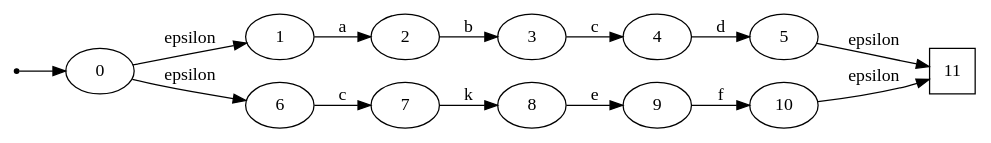
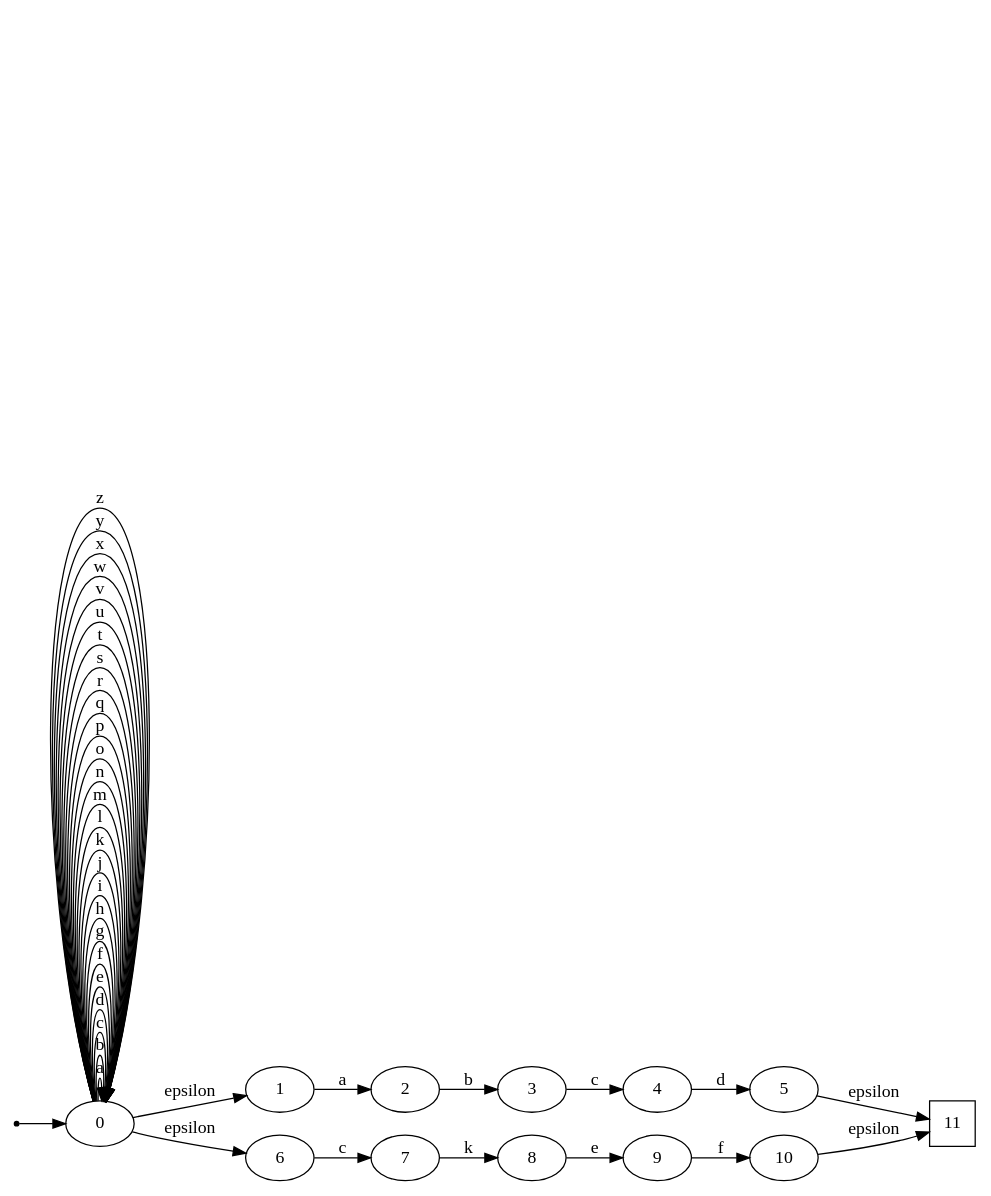
One commit to Lentosy/Master-Informatica changed the diagram in Semester I/Gevorderde algoritmen/Labo 2019-2020/9. Automaten/NA.dot. Above: the diagram before and after it, drawn with Graphviz. The commit also changed 22 other files, not shown here.

```diff
--- a/Semester I/Gevorderde algoritmen/Labo 2019-2020/9. Automaten/NA.dot
+++ b/Semester I/Gevorderde algoritmen/Labo 2019-2020/9. Automaten/NA.dot
@@ -1,17 +1,43 @@
 digraph {
   rankdir="LR";  -1 [shape=point];
   -1 -> 0;
   11 [shape=square];
   1 -> 2[label="a"];
   2 -> 3[label="b"];
   3 -> 4[label="c"];
   4 -> 5[label="d"];
   6 -> 7[label="c"];
   7 -> 8[label="k"];
   8 -> 9[label="e"];
   9 -> 10[label="f"];
   0 -> 1[label="epsilon"];
   0 -> 6[label="epsilon"];
   5 -> 11[label="epsilon"];
   10 -> 11[label="epsilon"];
+  0 -> 0[label="a"];
+  0 -> 0[label="b"];
+  0 -> 0[label="c"];
+  0 -> 0[label="d"];
+  0 -> 0[label="e"];
+  0 -> 0[label="f"];
+  0 -> 0[label="g"];
+  0 -> 0[label="h"];
+  0 -> 0[label="i"];
+  0 -> 0[label="j"];
+  0 -> 0[label="k"];
+  0 -> 0[label="l"];
+  0 -> 0[label="m"];
+  0 -> 0[label="n"];
+  0 -> 0[label="o"];
+  0 -> 0[label="p"];
+  0 -> 0[label="q"];
+  0 -> 0[label="r"];
+  0 -> 0[label="s"];
+  0 -> 0[label="t"];
+  0 -> 0[label="u"];
+  0 -> 0[label="v"];
+  0 -> 0[label="w"];
+  0 -> 0[label="x"];
+  0 -> 0[label="y"];
+  0 -> 0[label="z"];
 }
```
